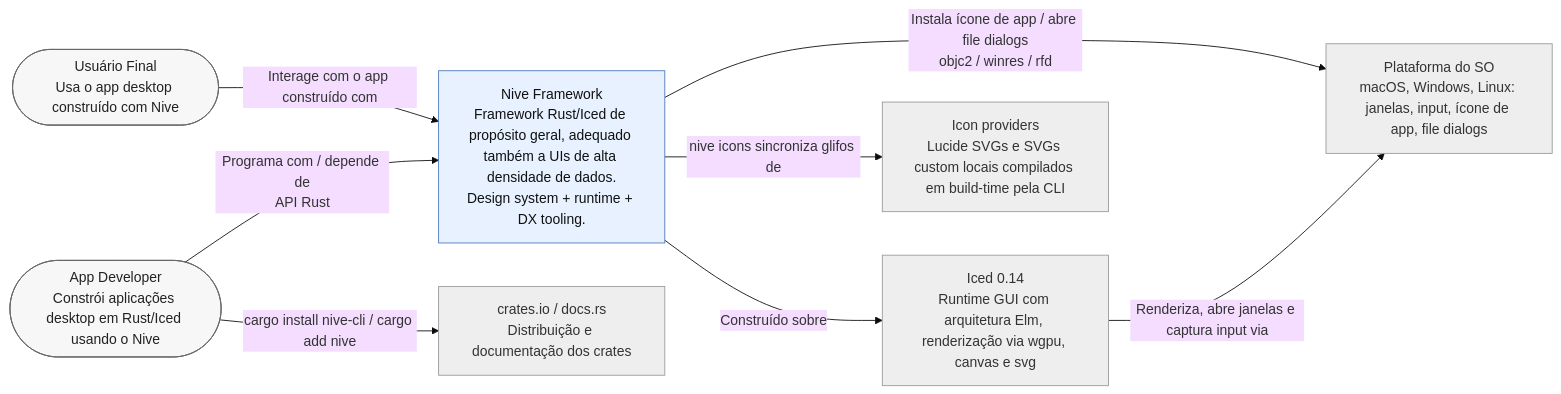
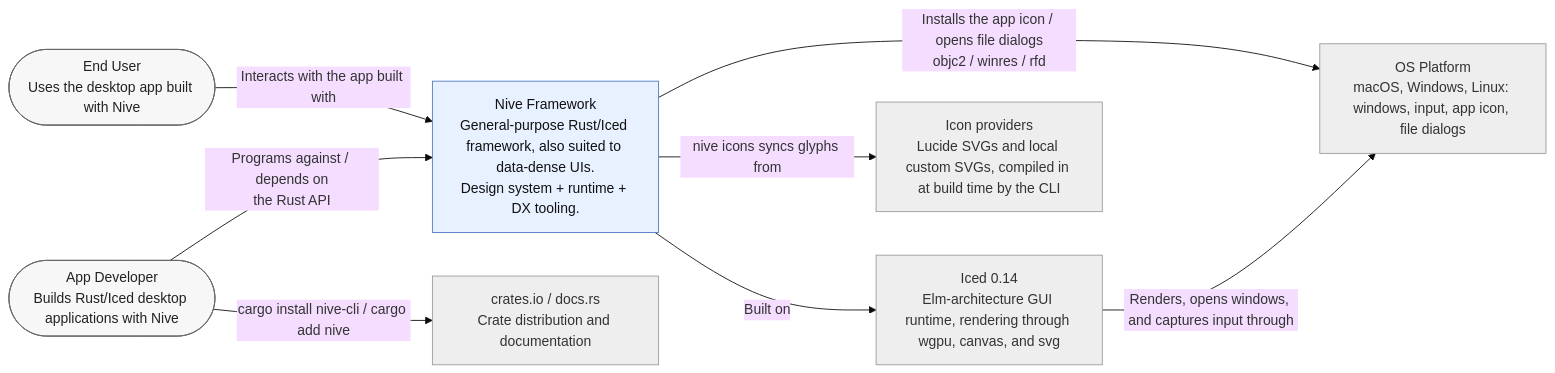
The diagram in docs/architecture/context.md (JirlanSouza/nive), drawn with Mermaid (base theme) before and after one commit. The commit also changed other lines of this file and 15 other files, not shown here.

````diff
--- a/docs/architecture/context.md
+++ b/docs/architecture/context.md
@@ -6,27 +6,27 @@
 ```mermaid
 flowchart LR
-    dev([App Developer<br/>Constrói aplicações desktop em Rust/Iced usando o Nive])
-    user([Usuário Final<br/>Usa o app desktop construído com Nive])
+    dev([App Developer<br/>Builds Rust/Iced desktop applications with Nive])
+    user([End User<br/>Uses the desktop app built with Nive])
 
-    nive["Nive Framework<br/>Framework Rust/Iced de propósito geral, adequado também a UIs de alta densidade de dados.<br/>Design system + runtime + DX tooling."]
+    nive["Nive Framework<br/>General-purpose Rust/Iced framework, also suited to data-dense UIs.<br/>Design system + runtime + DX tooling."]
 
-    iced["Iced 0.14<br/>Runtime GUI com arquitetura Elm, renderização via wgpu, canvas e svg"]
-    os["Plataforma do SO<br/>macOS, Windows, Linux: janelas, input, ícone de app, file dialogs"]
-    registry["crates.io / docs.rs<br/>Distribuição e documentação dos crates"]
-    icons["Icon providers<br/>Lucide SVGs e SVGs custom locais compilados em build-time pela CLI"]
+    iced["Iced 0.14<br/>Elm-architecture GUI runtime, rendering through wgpu, canvas, and svg"]
+    os["OS Platform<br/>macOS, Windows, Linux: windows, input, app icon, file dialogs"]
+    registry["crates.io / docs.rs<br/>Crate distribution and documentation"]
+    icons["Icon providers<br/>Lucide SVGs and local custom SVGs, compiled in at build time by the CLI"]
 
-    dev -->|Programa com / depende de<br/>API Rust| nive
-    user -->|Interage com o app construído com| nive
-    nive -->|Construído sobre| iced
-    iced -->|Renderiza, abre janelas e captura input via| os
-    nive -->|Instala ícone de app / abre file dialogs<br/>objc2 / winres / rfd| os
+    dev -->|Programs against / depends on<br/>the Rust API| nive
+    user -->|Interacts with the app built with| nive
+    nive -->|Built on| iced
+    iced -->|Renders, opens windows, and captures input through| os
+    nive -->|Installs the app icon / opens file dialogs<br/>objc2 / winres / rfd| os
     dev -->|cargo install nive-cli / cargo add nive| registry
-    nive -->|nive icons sincroniza glifos de| icons
+    nive -->|nive icons syncs glyphs from| icons
 
     classDef person fill:#f7f7f7,stroke:#666,color:#222;
     classDef system fill:#e8f1ff,stroke:#4b77be,color:#111;
     classDef external fill:#eee,stroke:#999,color:#333;
     class dev,user person;
     class nive system;
     class iced,os,registry,icons external;
 ```
````
